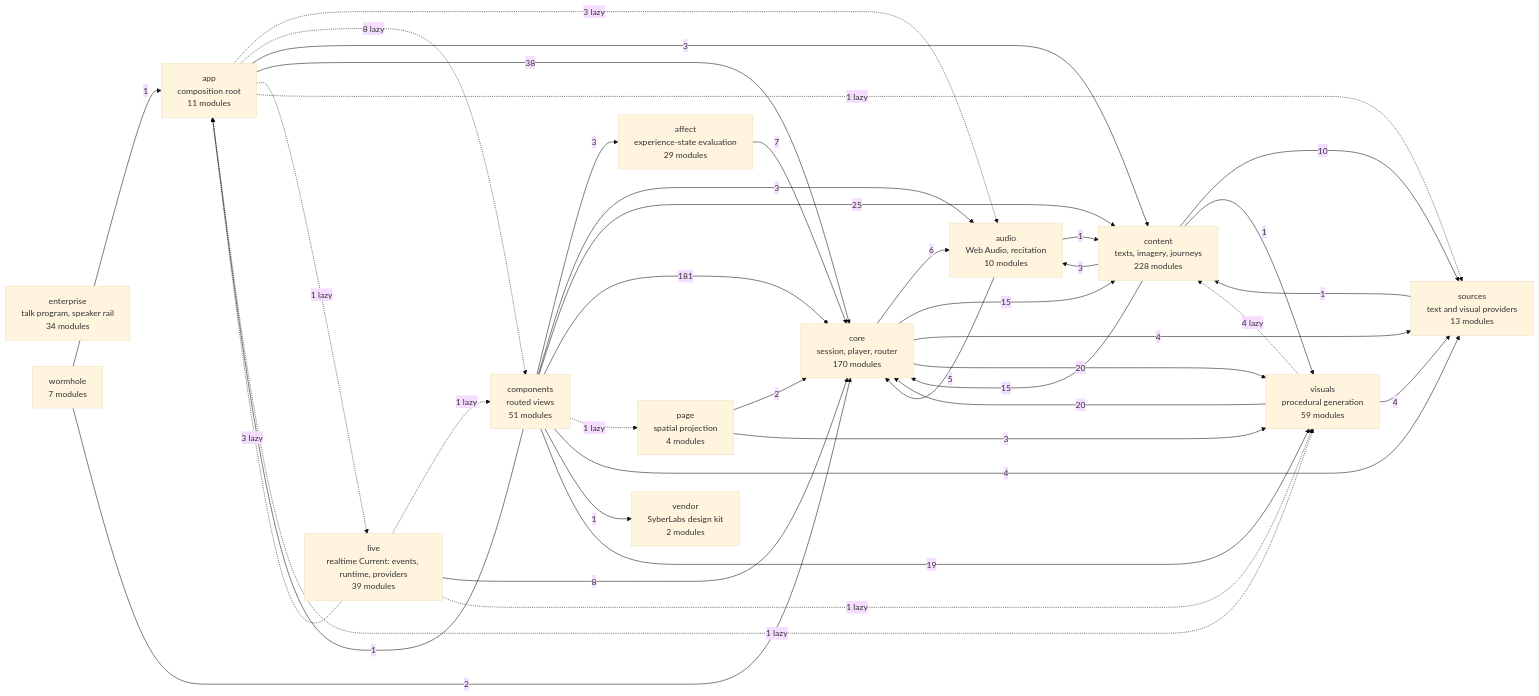
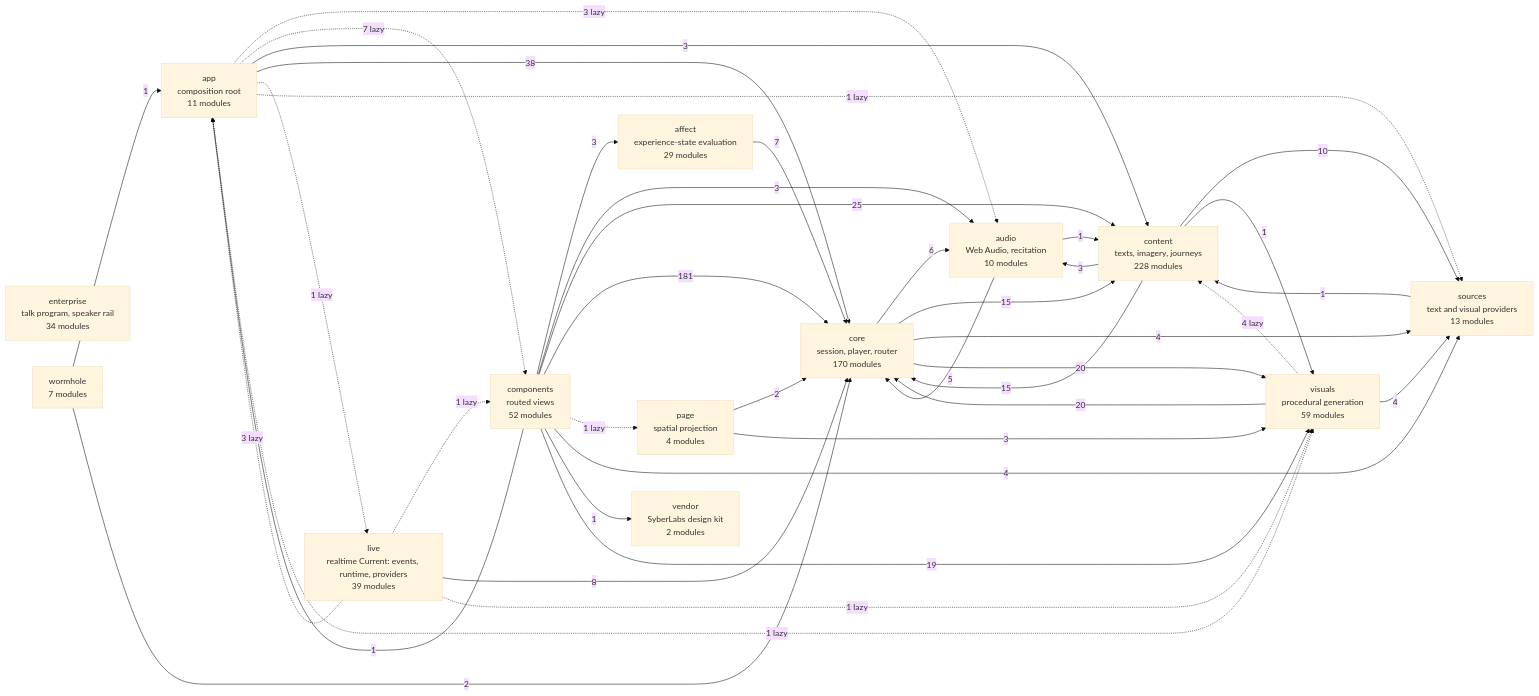
The diagram in docs/specs/ARCHITECTURE.md (SyberLabs/RISE), drawn with Mermaid (base theme) before and after one commit. The commit also changed other lines of this file and 11 other files, not shown here.

````diff
--- a/docs/specs/ARCHITECTURE.md
+++ b/docs/specs/ARCHITECTURE.md
@@ -153,56 +153,56 @@
 ```mermaid
 flowchart LR
     affect["affect<br/>experience-state evaluation<br/>29 modules"]
     app["app<br/>composition root<br/>11 modules"]
     audio["audio<br/>Web Audio, recitation<br/>10 modules"]
-    components["components<br/>routed views<br/>51 modules"]
+    components["components<br/>routed views<br/>52 modules"]
     content["content<br/>texts, imagery, journeys<br/>228 modules"]
     core["core<br/>session, player, router<br/>170 modules"]
     enterprise["enterprise<br/>talk program, speaker rail<br/>34 modules"]
     live["live<br/>realtime Current: events, runtime, providers<br/>39 modules"]
     page["page<br/>spatial projection<br/>4 modules"]
     sources["sources<br/>text and visual providers<br/>13 modules"]
     vendor["vendor<br/>SyberLabs design kit<br/>2 modules"]
     visuals["visuals<br/>procedural generation<br/>59 modules"]
     wormhole["wormhole<br/>7 modules"]
 
     affect --> |7| core
     app -.-> |3 lazy| audio
-    app -.-> |8 lazy| components
+    app -.-> |7 lazy| components
     app --> |3| content
     app --> |38| core
     app -.-> |1 lazy| live
     app -.-> |1 lazy| sources
     app -.-> |1 lazy| visuals
     audio --> |1| content
     audio --> |5| core
     components --> |3| affect
     components --> |1| app
     components --> |3| audio
     components --> |25| content
     components --> |181| core
     components -.-> |1 lazy| page
     components --> |4| sources
     components --> |1| vendor
     components --> |19| visuals
     content --> |3| audio
     content --> |15| core
     content --> |10| sources
     content --> |1| visuals
     core --> |6| audio
     core --> |15| content
     core --> |4| sources
     core --> |20| visuals
     live -.-> |3 lazy| app
     live -.-> |1 lazy| components
     live --> |8| core
     live -.-> |1 lazy| visuals
     page --> |2| core
     page --> |3| visuals
     sources --> |1| content
     visuals -.-> |4 lazy| content
     visuals --> |20| core
     visuals --> |4| sources
     wormhole --> |1| app
     wormhole --> |2| core
 ```
````
